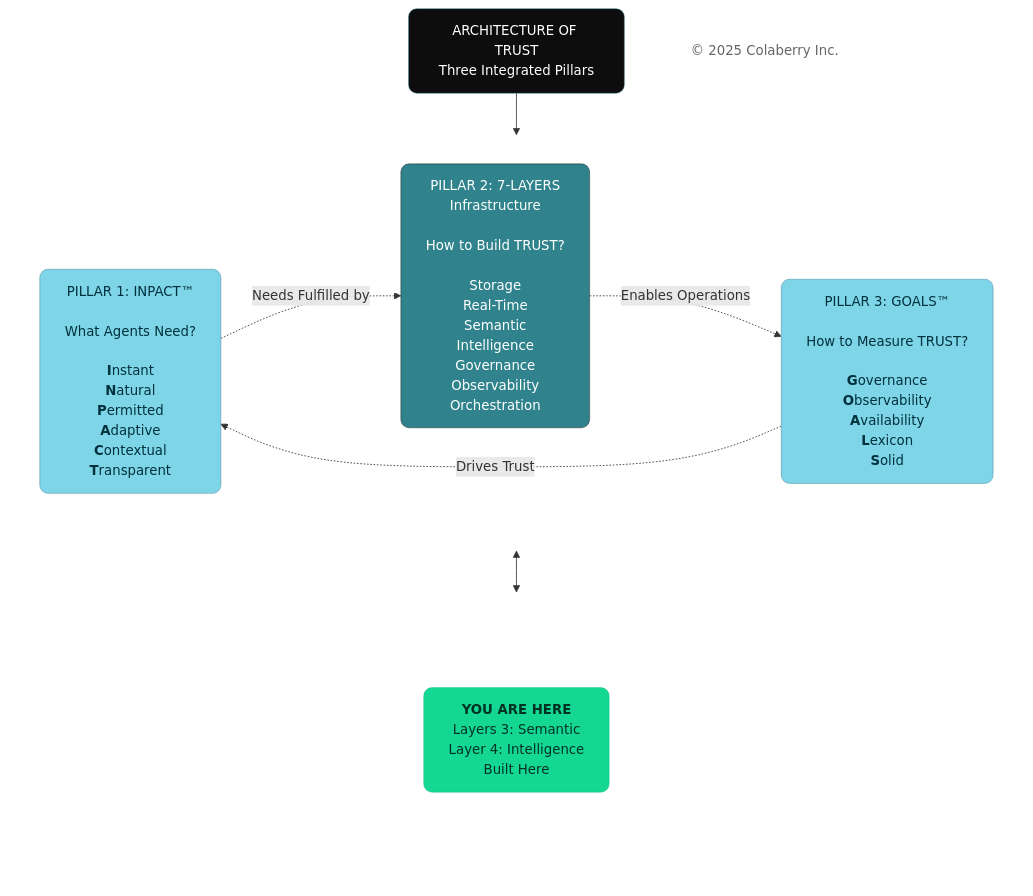
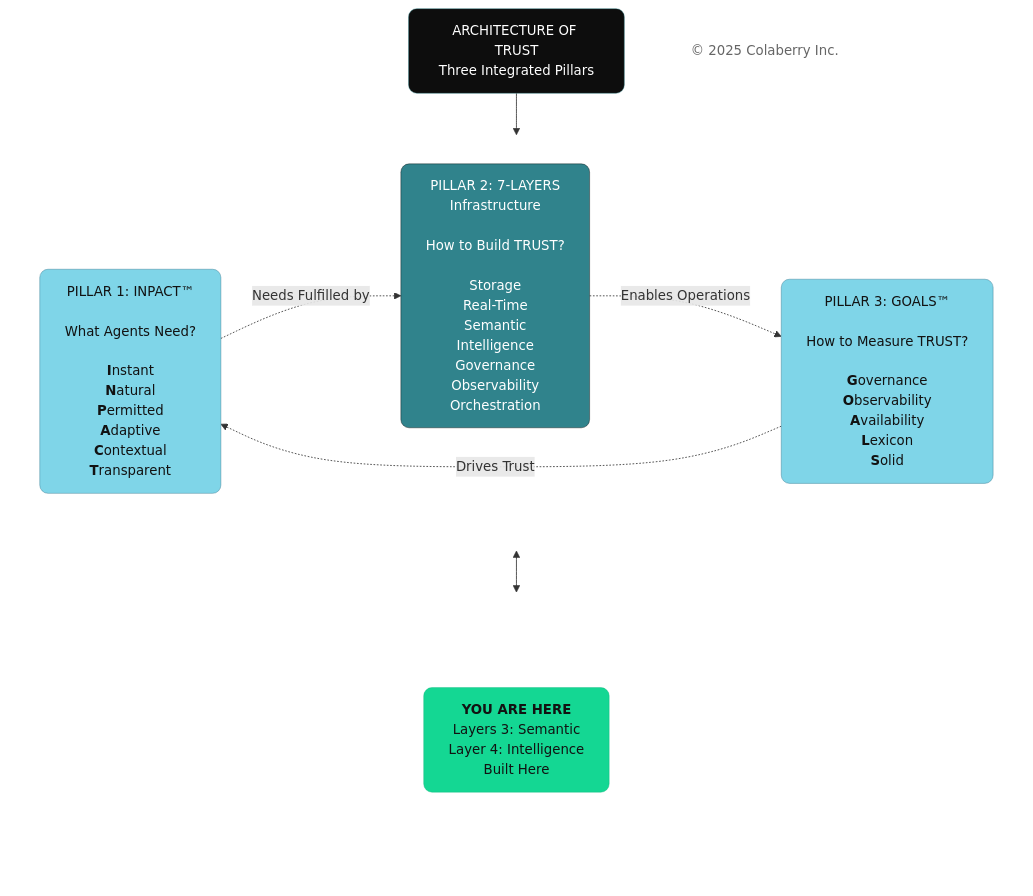
The second of 13 diagrams in manuscript/06_chapter_5_intelligence_layers.md (saitejesh-cyber/trust-before-intelligence-book), drawn with Mermaid before and after one commit. The commit also changed other lines of this file and 12 other files, not shown here.

````diff
--- a/manuscript/06_chapter_5_intelligence_layers.md
+++ b/manuscript/06_chapter_5_intelligence_layers.md
@@ -52,46 +52,46 @@
 ```mermaid
 
 
 graph TB
     Title["ARCHITECTURE OF TRUST<br/>Three Integrated Pillars"]
     
     subgraph PILLARS[" "]
         direction LR
         INPACT["`PILLAR 1: INPACT™<br/><br/>What Agents Need?<br/><br/>**I**nstant<br/>**N**atural<br/>**P**ermitted<br/>**A**daptive<br/>**C**ontextual<br/>**T**ransparent`"]
         
         Layers["PILLAR 2: 7-LAYERS<br/>Infrastructure<br/><br/>How to Build TRUST?<br/><br/>Storage<br/>Real-Time<br/>Semantic<br/>Intelligence<br/>Governance<br/>Observability<br/>Orchestration"]
         
         GOALS["`PILLAR 3: GOALS™<br/><br/>How to Measure TRUST?<br/><br/>**G**overnance<br/>**O**bservability<br/>**A**vailability<br/>**L**exicon<br/>**S**olid`"]
     end
     
     subgraph INDICATOR[" "]
         direction LR
         Spacer1[" "]
         YouAreHere["<b>YOU ARE HERE</b><br/>Layers 3: Semantic <br/> Layer 4: Intelligence<br/> Built Here"]
         Spacer2[" "]
     end
     
     Copyright["© 2025 Colaberry Inc."]
     
     Title --> PILLARS
     PILLARS <--> INDICATOR
     
     INPACT -.->|"Needs Fulfilled by"| Layers
     Layers -.->|"Enables Operations"| GOALS
     GOALS -.->|"Drives Trust"| INPACT
 
     style Title fill:#0D0D0D,color:#ffffff,stroke:#30838C,stroke-width:0.5px,rx:10,ry:10
     style PILLARS fill:none,stroke:none,rx:10,ry:10
     style INDICATOR fill:none,stroke:none,rx:10,ry:10
-    style INPACT fill:#7FD5E8,stroke:#32738C,stroke-width:0.5px,color:#00323D,rx:10,ry:10
+    style INPACT fill:#7FD5E8,stroke:#32738C,stroke-width:0.5px,color:#121212,rx:10,ry:10
     style Layers fill:#30838C,stroke:#0D0D0D,stroke-width:0.5px,color:#ffffff,rx:10,ry:10
-    style GOALS fill:#7FD5E8,stroke:#32738C,stroke-width:0.5px,color:#00323D,rx:10,ry:10
+    style GOALS fill:#7FD5E8,stroke:#32738C,stroke-width:0.5px,color:#121212,rx:10,ry:10
     style Spacer1 fill:none,stroke:none,color:transparent,rx:10,ry:10
-    style YouAreHere fill:#14D793,stroke:#0FB67D,stroke-width:0.5px,color:#003322,rx:10,ry:10
+    style YouAreHere fill:#14D793,stroke:#0FB67D,stroke-width:0.5px,color:#121212,rx:10,ry:10
     style Spacer2 fill:none,stroke:none,color:transparent,rx:10,ry:10
     style Copyright fill:none,stroke:none,color:#666666
 
 
 
 
 ```
````
